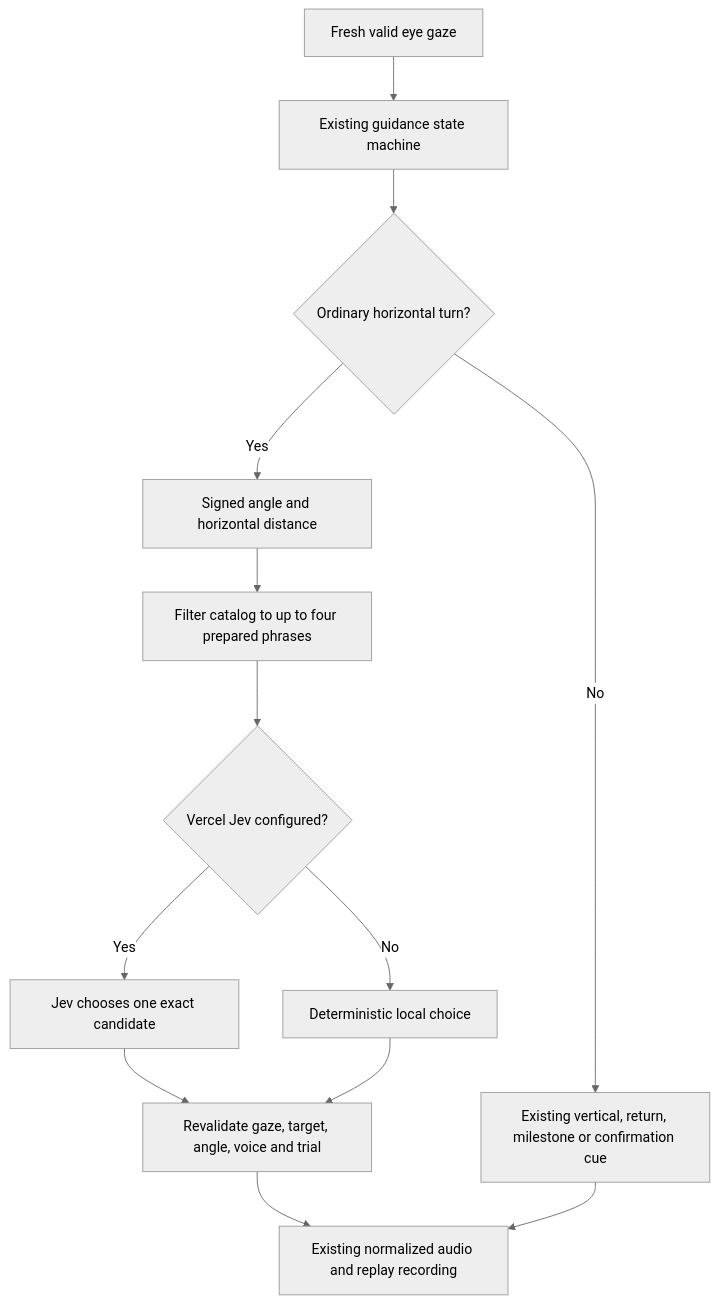
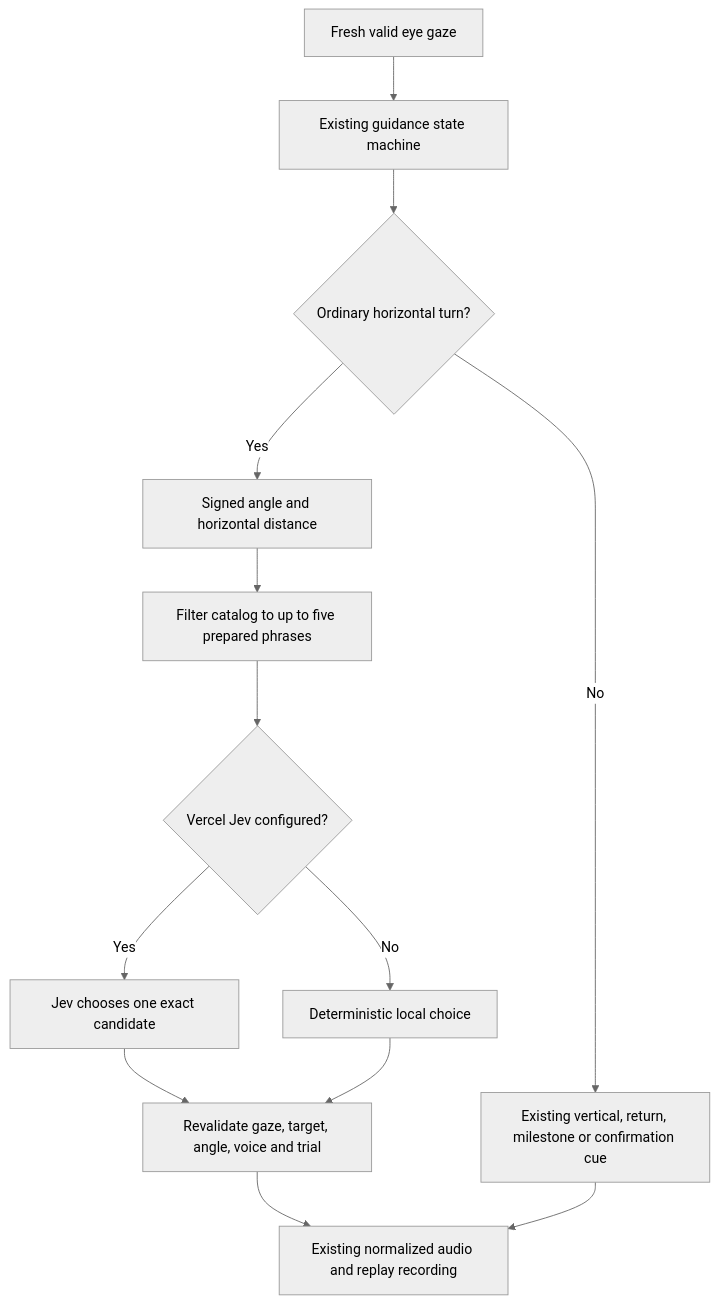
The first of 2 diagrams in docs/guide/spatial-voice-navigation.md (PedroPovedaQ/Gaze-Contingency-Project), drawn with Mermaid (neutral theme) before and after one commit. The commit also changed other lines of this file and 113 other files, not shown here.

````diff
--- a/docs/guide/spatial-voice-navigation.md
+++ b/docs/guide/spatial-voice-navigation.md
@@ -10,15 +10,15 @@
 ```mermaid
 flowchart TD
     A[Fresh valid eye gaze] --> B[Existing guidance state machine]
     B --> C{Ordinary horizontal turn?}
     C -->|No| D[Existing vertical, return, milestone or confirmation cue]
     C -->|Yes| E[Signed angle and horizontal distance]
-    E --> F[Filter catalog to up to four prepared phrases]
+    E --> F[Filter catalog to up to five prepared phrases]
     F --> G{Vercel Jev configured?}
     G -->|Yes| H[Jev chooses one exact candidate]
     G -->|No| I[Deterministic local choice]
     H --> J[Revalidate gaze, target, angle, voice and trial]
     I --> J
     J --> K[Existing normalized audio and replay recording]
     D --> K
 ```
````
